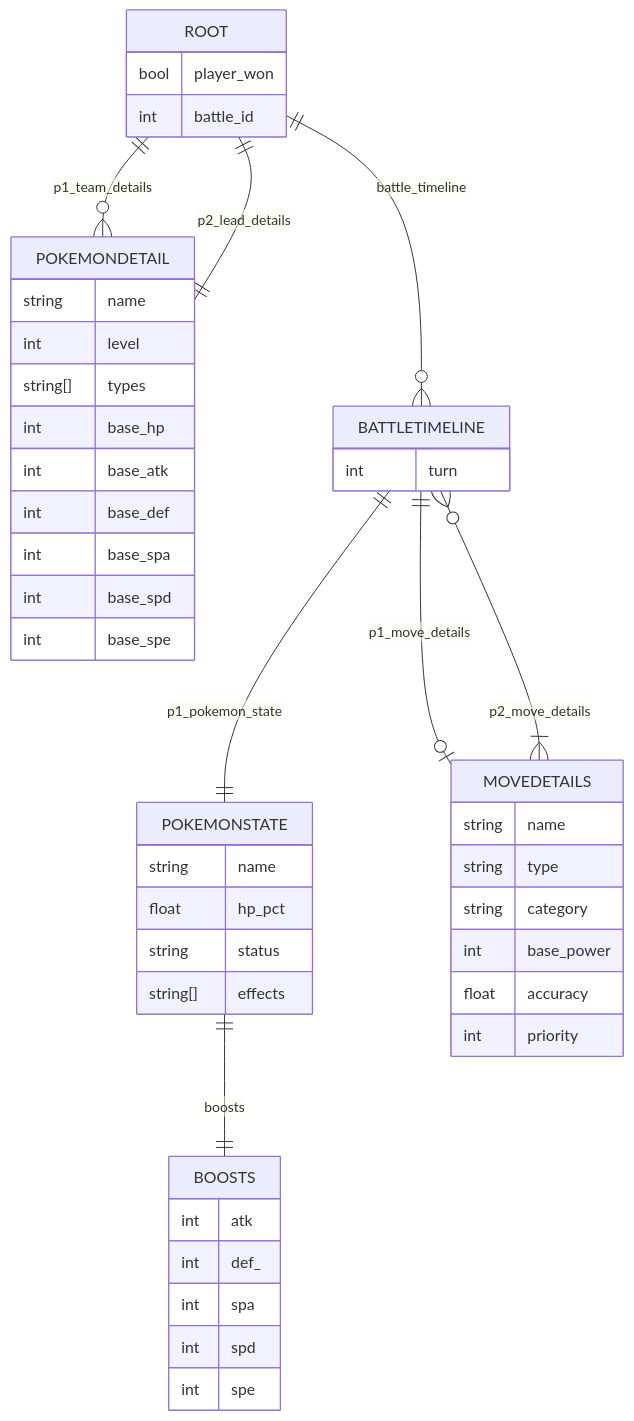
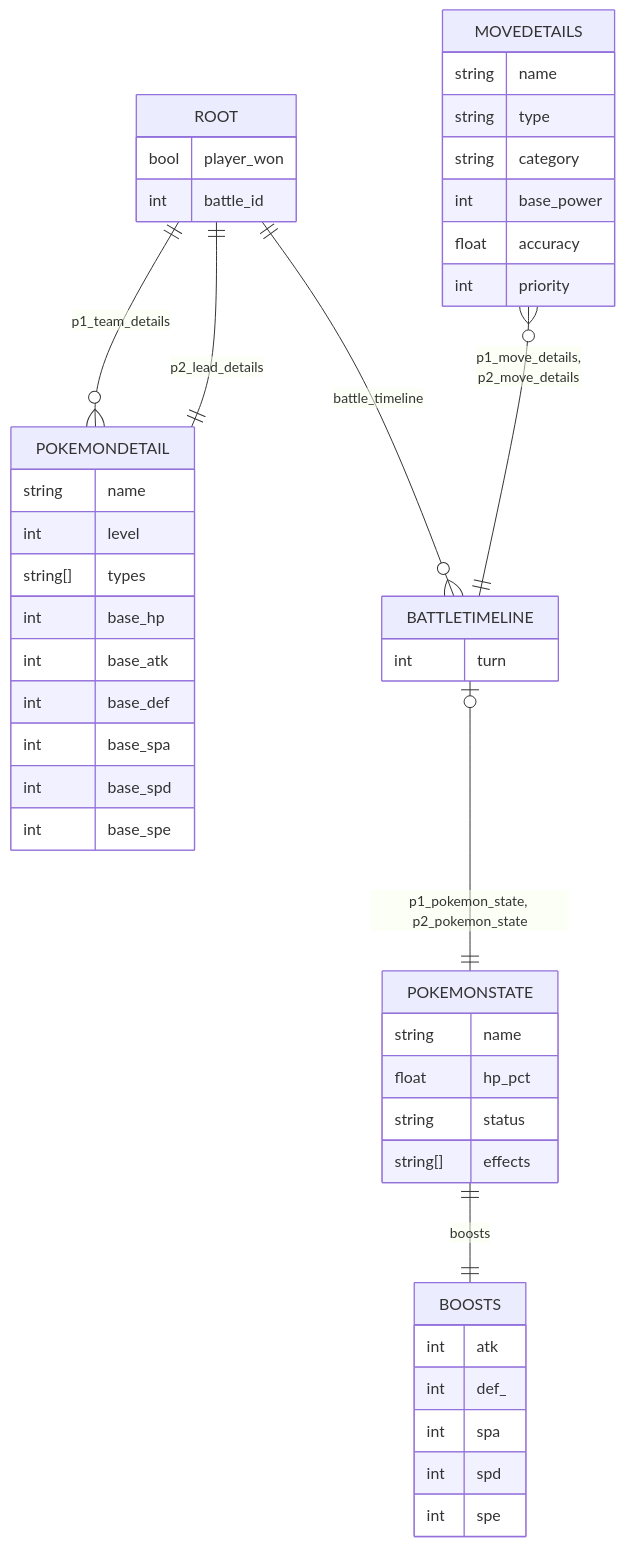
One commit to longlive-pandas/FDS_Kaggle_Competition changed the diagram in README.md. Above: the diagram before and after it, drawn with Mermaid. The commit also changed other lines of this file, not shown here.

````diff
--- a/README.md
+++ b/README.md
@@ -68,55 +69,60 @@
 ```mermaid
 erDiagram
+
     ROOT {
         bool player_won
         int battle_id
     }
+
     ROOT ||--o{ POKEMONDETAIL : "p1_team_details"
     ROOT ||--|| POKEMONDETAIL : "p2_lead_details"
+
     ROOT ||--o{ BATTLETIMELINE : "battle_timeline"
 
     BATTLETIMELINE {
         int turn
     }
-
-    BATTLETIMELINE ||--|| POKEMONSTATE : "p1_pokemon_state"
-    BATTLETIMELINE ||--o| MOVEDETAILS : "p1_move_details"
-    BATTLETIMELINE }o--|{ MOVEDETAILS : "p2_move_details"
+    
+    BATTLETIMELINE |o--|| POKEMONSTATE : "p1_pokemon_state, p2_pokemon_state"
+    
+    MOVEDETAILS }o--|| BATTLETIMELINE : "p1_move_details,
+    p2_move_details"
 
     POKEMONSTATE {
         string name
         float hp_pct
         string status
         string[] effects
     }
     POKEMONSTATE ||--|| BOOSTS : "boosts"
 
     BOOSTS {
         int atk
         int def_
         int spa
         int spd
         int spe
     }
 
     MOVEDETAILS {
         string name
         string type
         string category
         int base_power
         float accuracy
         int priority
     }
 
     POKEMONDETAIL {
         string name
         int level
         string[] types
         int base_hp
         int base_atk
         int base_def
         int base_spa
         int base_spd
         int base_spe
     }
+
 ```
````
